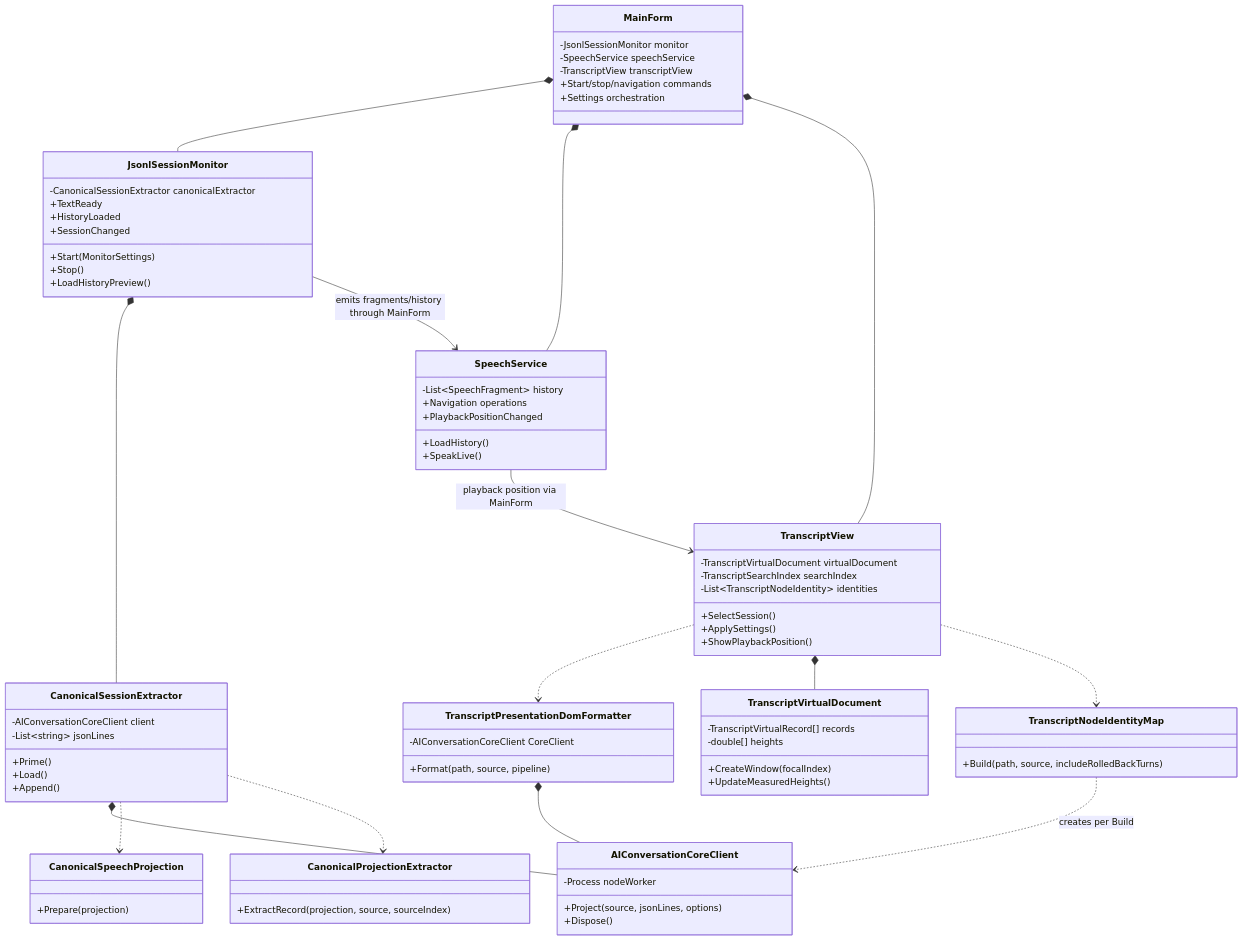
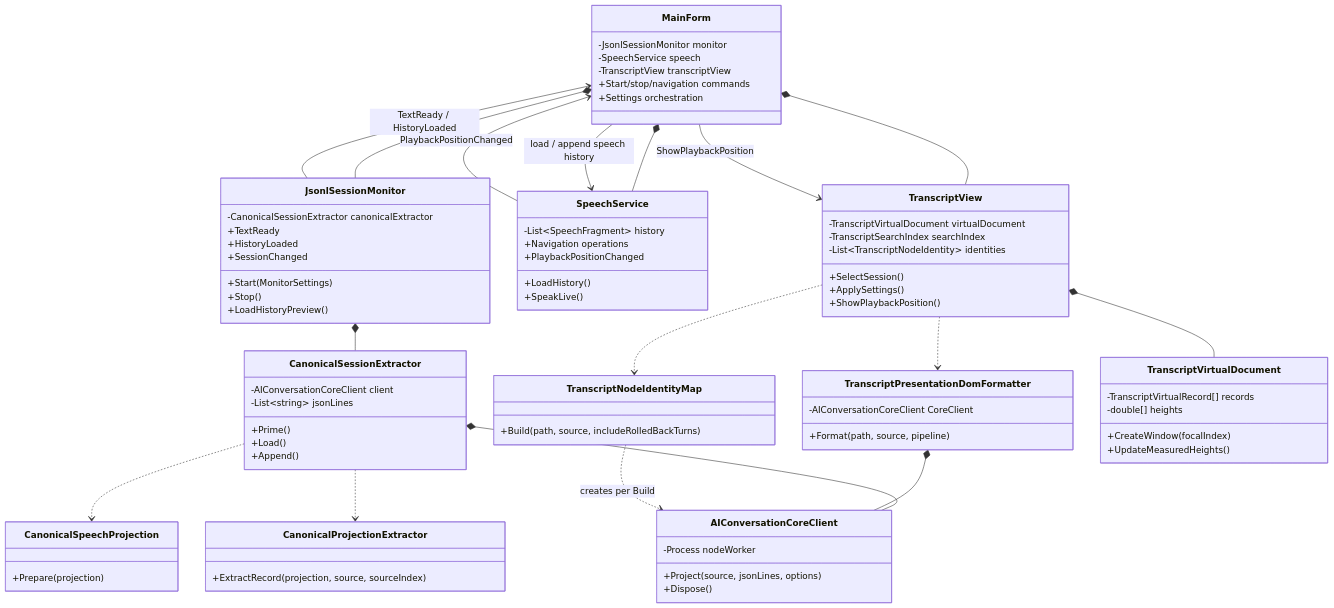
Before and after one commit to Ma-XX-oN/AgentPanelSpeaker.NET: the second of 4 diagrams in docs/architecture/current-runtime.md, drawn with Mermaid. The commit also changed other lines of this file, not shown here.

````diff
--- a/docs/architecture/current-runtime.md
+++ b/docs/architecture/current-runtime.md
@@ -96,7 +109,7 @@
 classDiagram
   class MainForm {
     -JsonlSessionMonitor monitor
-    -SpeechService speechService
+    -SpeechService speech
     -TranscriptView transcriptView
     +Start/stop/navigation commands
     +Settings orchestration
@@ -174,11 +187,13 @@
   CanonicalSessionExtractor *-- AIConversationCoreClient
   CanonicalSessionExtractor ..> CanonicalSpeechProjection
   CanonicalSessionExtractor ..> CanonicalProjectionExtractor
-  JsonlSessionMonitor --> SpeechService : emits fragments/history through MainForm
+  JsonlSessionMonitor --> MainForm : TextReady / HistoryLoaded
+  MainForm --> SpeechService : load / append speech history
   TranscriptView ..> TranscriptPresentationDomFormatter
   TranscriptView *-- TranscriptVirtualDocument
   TranscriptView ..> TranscriptNodeIdentityMap
   TranscriptPresentationDomFormatter *-- AIConversationCoreClient
   TranscriptNodeIdentityMap ..> AIConversationCoreClient : creates per Build
-  SpeechService --> TranscriptView : playback position via MainForm
+  SpeechService --> MainForm : PlaybackPositionChanged
+  MainForm --> TranscriptView : ShowPlaybackPosition
 ```
````
